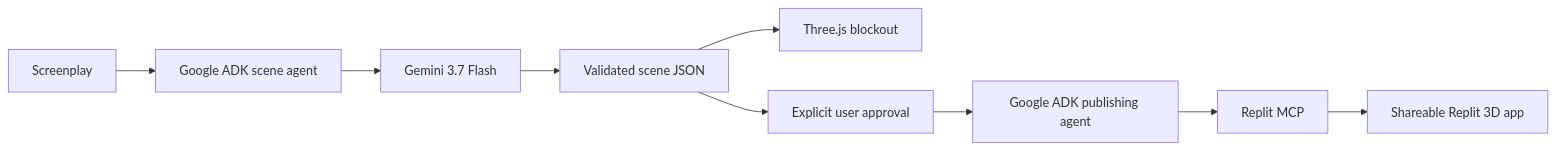
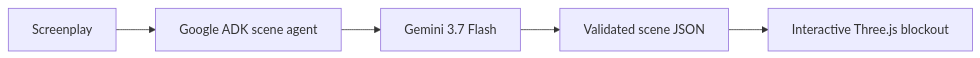
Before and after one commit to aneepal55/Spiller: the diagram in README.md, drawn with Mermaid. The commit also changed other lines of this file and 17 other files, not shown here.

First line of the commit message:
Refactor scene generation and remove Replit MCP integration

````diff
--- a/README.md
+++ b/README.md
@@ -25,11 +16,7 @@
 ```mermaid
 flowchart LR
     A[Screenplay] --> B[Google ADK scene agent]
     B --> C[Gemini 3.7 Flash]
     C --> D[Validated scene JSON]
-    D --> E[Three.js blockout]
-    D --> F[Explicit user approval]
-    F --> G[Google ADK publishing agent]
-    G --> H[Replit MCP]
-    H --> I[Shareable Replit 3D app]
+    D --> E[Interactive Three.js blockout]
 ```
````
